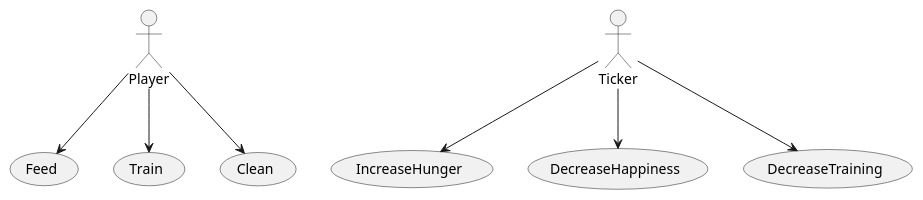
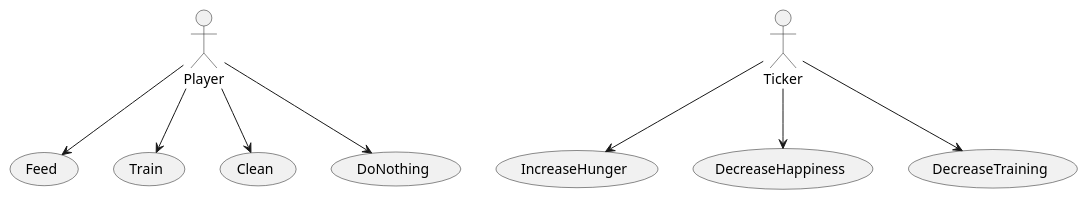
The diagram in docs/src/use-cases.puml (fraylopez/e-pet), drawn with PlantUML before and after one commit. The commit also changed 2 other files, not shown here.

Commit message:
add do nothing use case, update docs

```diff
--- a/docs/src/use-cases.puml
+++ b/docs/src/use-cases.puml
@@ -1,19 +1,21 @@
 actor Player
 actor Ticker
 
 usecase Feed
 usecase Train
 usecase Clean
+usecase DoNothing
 
 usecase IncreaseHunger
 usecase DecreaseHappiness
 usecase DecreaseTraining
 
 
 Player --> Feed
 Player --> Train
 Player --> Clean
+Player --> DoNothing
 
 Ticker --> IncreaseHunger
 Ticker --> DecreaseHappiness
 Ticker --> DecreaseTraining
```
